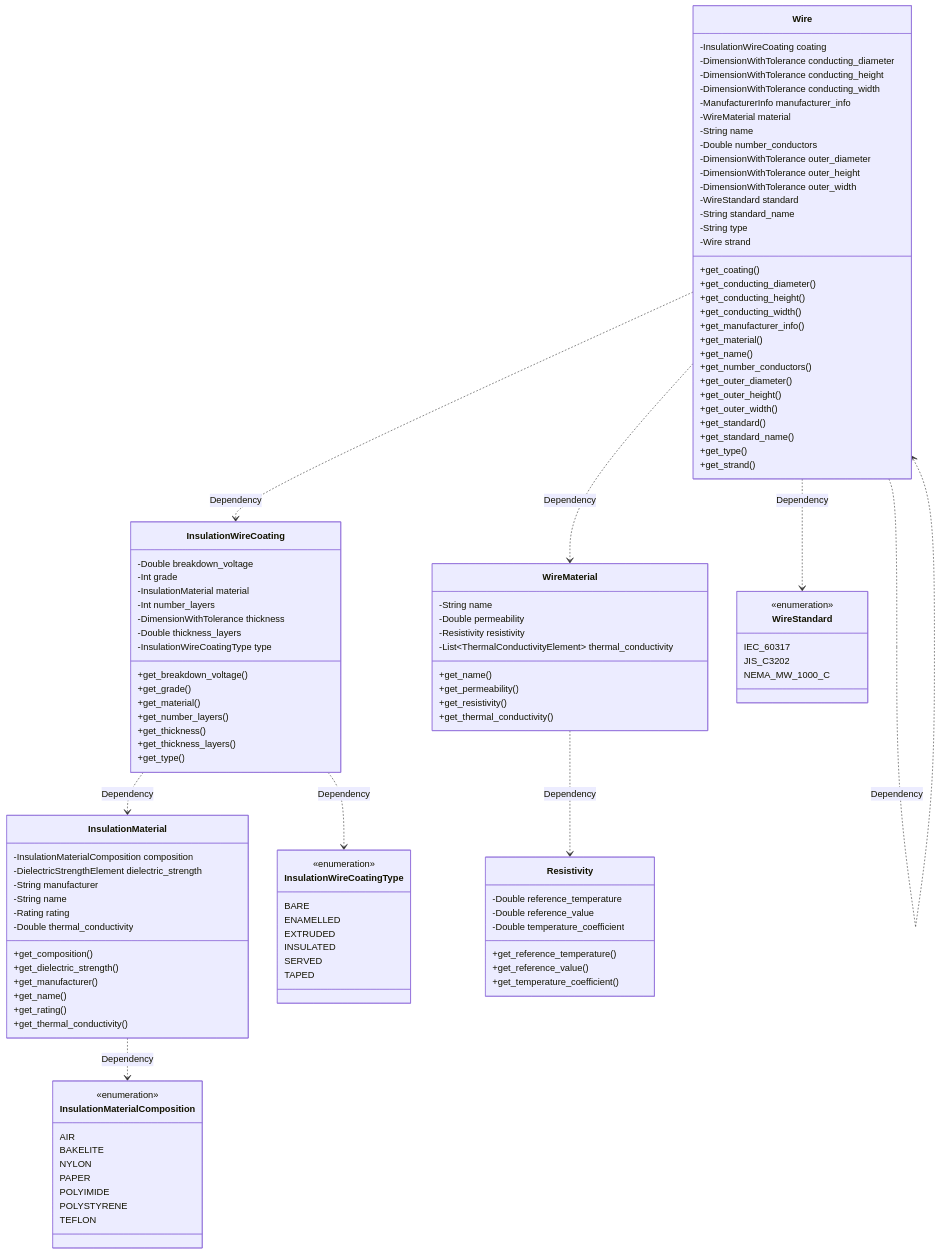
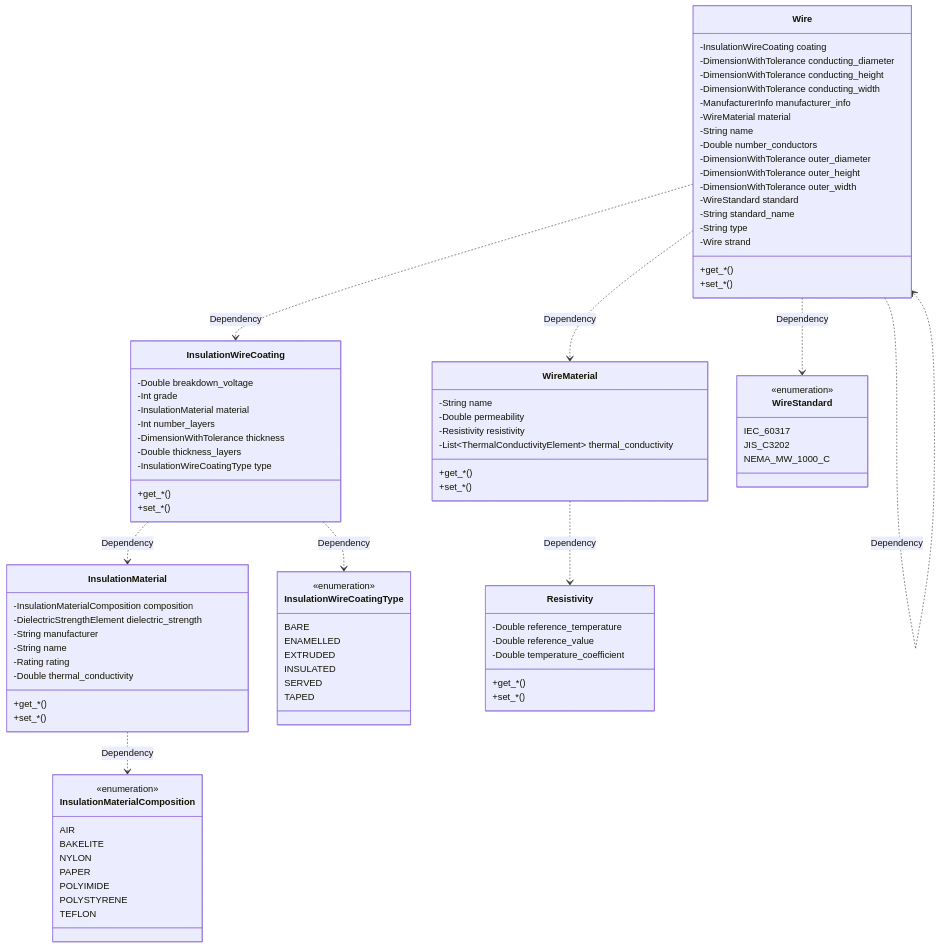
Before and after one commit to OpenMagnetics/MAS: the diagram in docs/magnetic/wire.md, drawn with Mermaid. The commit also changed other lines of this file, not shown here.

````diff
--- a/docs/magnetic/wire.md
+++ b/docs/magnetic/wire.md
@@ -34,37 +34,24 @@
 classDiagram
 
 class Wire {
-	-InsulationWireCoating coating
-	-DimensionWithTolerance conducting_diameter
-	-DimensionWithTolerance conducting_height
-	-DimensionWithTolerance conducting_width
-	-ManufacturerInfo manufacturer_info
-	-WireMaterial material
-	-String name
-	-Double number_conductors
-	-DimensionWithTolerance outer_diameter
-	-DimensionWithTolerance outer_height
-	-DimensionWithTolerance outer_width
-	-WireStandard standard
-	-String standard_name
-	-String type
-	-Wire strand
+    -InsulationWireCoating coating
+    -DimensionWithTolerance conducting_diameter
+    -DimensionWithTolerance conducting_height
+    -DimensionWithTolerance conducting_width
+    -ManufacturerInfo manufacturer_info
+    -WireMaterial material
+    -String name
+    -Double number_conductors
+    -DimensionWithTolerance outer_diameter
+    -DimensionWithTolerance outer_height
+    -DimensionWithTolerance outer_width
+    -WireStandard standard
+    -String standard_name
+    -String type
+    -Wire strand
 
-	+get_coating()
-	+get_conducting_diameter()
-	+get_conducting_height()
-	+get_conducting_width()
-	+get_manufacturer_info()
-	+get_material()
-	+get_name()
-	+get_number_conductors()
-	+get_outer_diameter()
-	+get_outer_height()
-	+get_outer_width()
-	+get_standard()
-	+get_standard_name()
-	+get_type()
-	+get_strand()
+    +get_*()
+    +set_*()
 }
 Wire ..> InsulationWireCoating : Dependency
 Wire ..> WireMaterial : Dependency
@@ -73,21 +60,16 @@
 
 class InsulationWireCoating {
 
-	-Double breakdown_voltage
-	-Int grade
-	-InsulationMaterial material
-	-Int number_layers
-	-DimensionWithTolerance thickness
-	-Double thickness_layers
-	-InsulationWireCoatingType type
+    -Double breakdown_voltage
+    -Int grade
+    -InsulationMaterial material
+    -Int number_layers
+    -DimensionWithTolerance thickness
+    -Double thickness_layers
+    -InsulationWireCoatingType type
 
-	+get_breakdown_voltage()
-	+get_grade()
-	+get_material()
-	+get_number_layers()
-	+get_thickness()
-	+get_thickness_layers()
-	+get_type()
+    +get_*()
+    +set_*()
 }
 
 InsulationWireCoating ..> InsulationMaterial : Dependency
@@ -95,73 +77,66 @@
 
 class InsulationMaterial {
 
-	-InsulationMaterialComposition composition
-	-DielectricStrengthElement dielectric_strength
-	-String manufacturer
-	-String name
-	-Rating rating
-	-Double thermal_conductivity
+    -InsulationMaterialComposition composition
+    -DielectricStrengthElement dielectric_strength
+    -String manufacturer
+    -String name
+    -Rating rating
+    -Double thermal_conductivity
 
-	+get_composition()
-	+get_dielectric_strength()
-	+get_manufacturer()
-	+get_name()
-	+get_rating()
-	+get_thermal_conductivity()
+    +get_*()
+    +set_*()
 }
 InsulationMaterial ..> InsulationMaterialComposition : Dependency
 
 class InsulationWireCoatingType {
     <<enumeration>>
     BARE
-	ENAMELLED
-	EXTRUDED
-	INSULATED
-	SERVED
-	TAPED
+    ENAMELLED
+    EXTRUDED
+    INSULATED
+    SERVED
+    TAPED
 }
 
 class WireMaterial {
 
-	-String name
-	-Double permeability
-	-Resistivity resistivity
-	-List~ThermalConductivityElement~ thermal_conductivity
+    -String name
+    -Double permeability
+    -Resistivity resistivity
+    -List~ThermalConductivityElement~ thermal_conductivity
 
-	+get_name()
-	+get_permeability()
-	+get_resistivity()
-	+get_thermal_conductivity()
+    +get_*()
+    +set_*()
 }
 WireMaterial ..> Resistivity : Dependency
 
 class Resistivity {
 
-	-Double reference_temperature
-	-Double reference_value
-	-Double temperature_coefficient
+    -Double reference_temperature
+    -Double reference_value
+    -Double temperature_coefficient
 
-	+get_reference_temperature()
-	+get_reference_value()
-	+get_temperature_coefficient()
+    +get_*()
+    +set_*()
 }
 
 class WireStandard {
     <<enumeration>>
     IEC_60317
-	JIS_C3202
-	NEMA_MW_1000_C
+    JIS_C3202
+    NEMA_MW_1000_C
 }
 
 class InsulationMaterialComposition {
     <<enumeration>>
     AIR
-	BAKELITE
-	NYLON
-	PAPER
-	POLYIMIDE
-	POLYSTYRENE
-	TEFLON
+    BAKELITE
+    NYLON
+    PAPER
+    POLYIMIDE
+    POLYSTYRENE
+    TEFLON
 }
 
 ```
````
